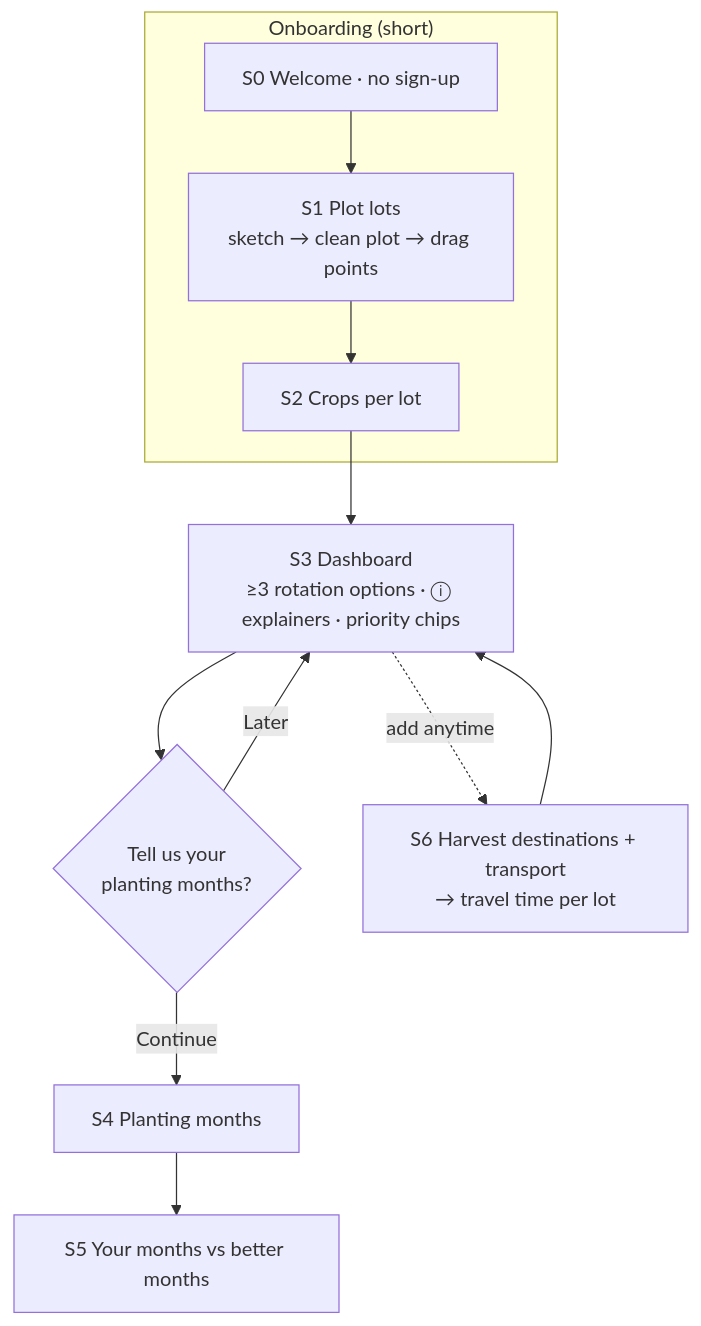
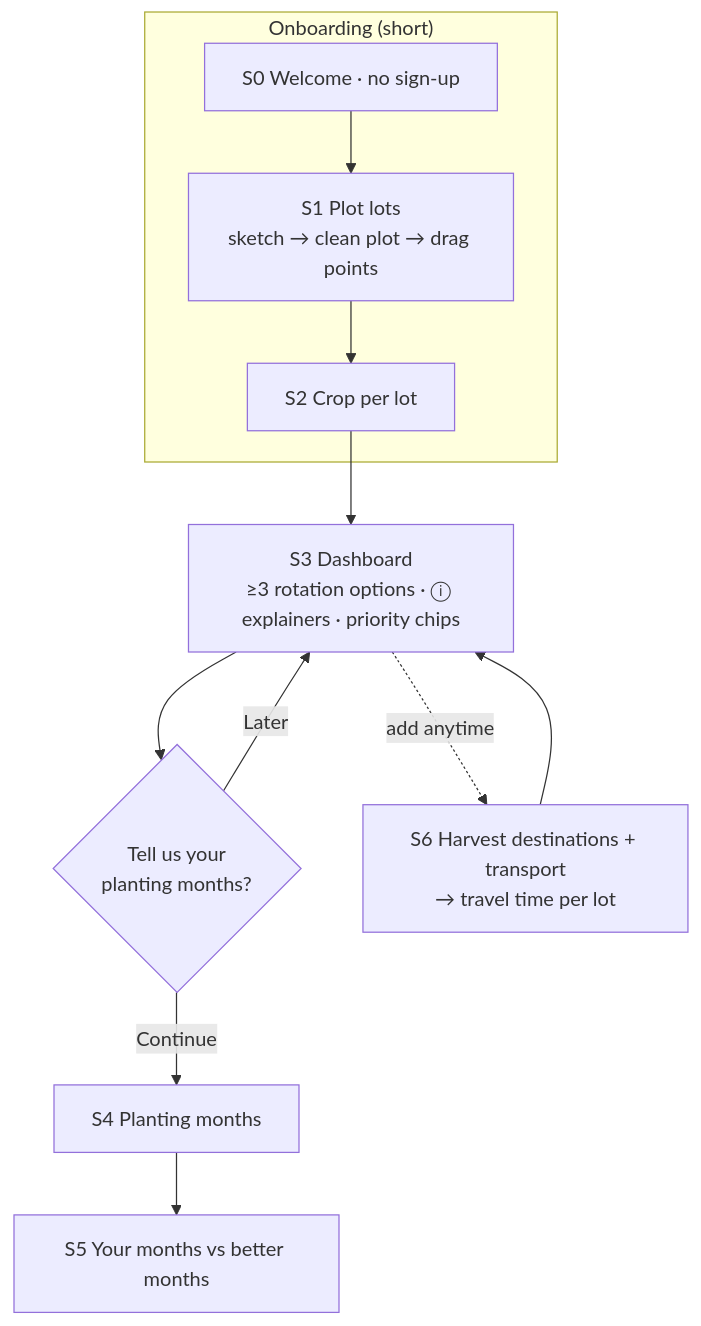
Before and after one commit to GENZ-PH/agrosprout: the diagram in docs/05-mvp-scope.md, drawn with Mermaid. The commit also changed other lines of this file and 16 other files, not shown here.

Commit message:
feat(crops): top 3 for each lot and one crop per lot (D13 changed by the team) (Refs #152)

````diff
--- a/docs/05-mvp-scope.md
+++ b/docs/05-mvp-scope.md
@@ -17,12 +17,12 @@
 ```mermaid
 flowchart TD
   subgraph ONB["Onboarding (short)"]
-    S0["S0 Welcome · no sign-up"] --> S1["S1 Plot lots<br/>sketch → clean plot → drag points"] --> S2["S2 Crops per lot"]
+    S0["S0 Welcome · no sign-up"] --> S1["S1 Plot lots<br/>sketch → clean plot → drag points"] --> S2["S2 Crop per lot"]
   end
   S2 --> S3["S3 Dashboard<br/>≥3 rotation options · ⓘ explainers · priority chips"]
   S3 --> Q{"Tell us your<br/>planting months?"}
   Q -- "Continue" --> S4["S4 Planting months"] --> S5["S5 Your months vs better months"]
   Q -- "Later" --> S3
   S3 -. "add anytime" .-> S6["S6 Harvest destinations + transport<br/>→ travel time per lot"]
   S6 --> S3
 ```
````
